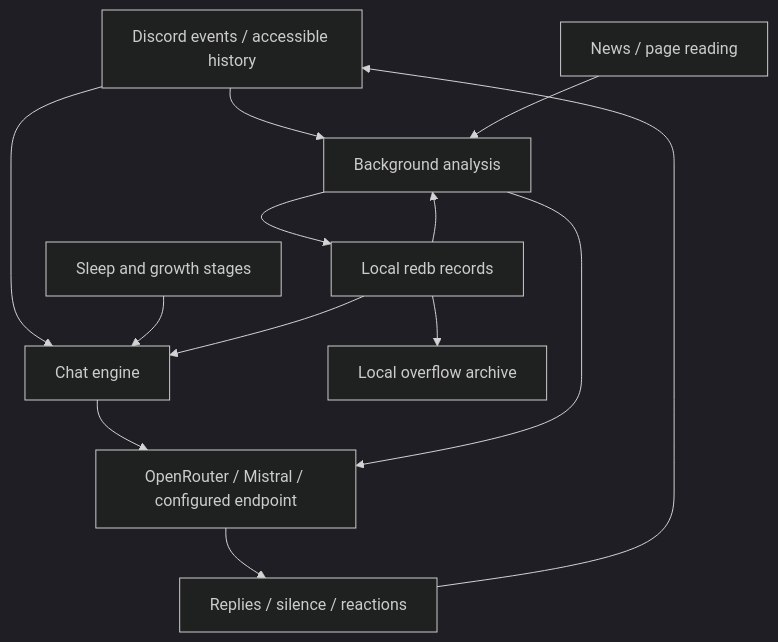
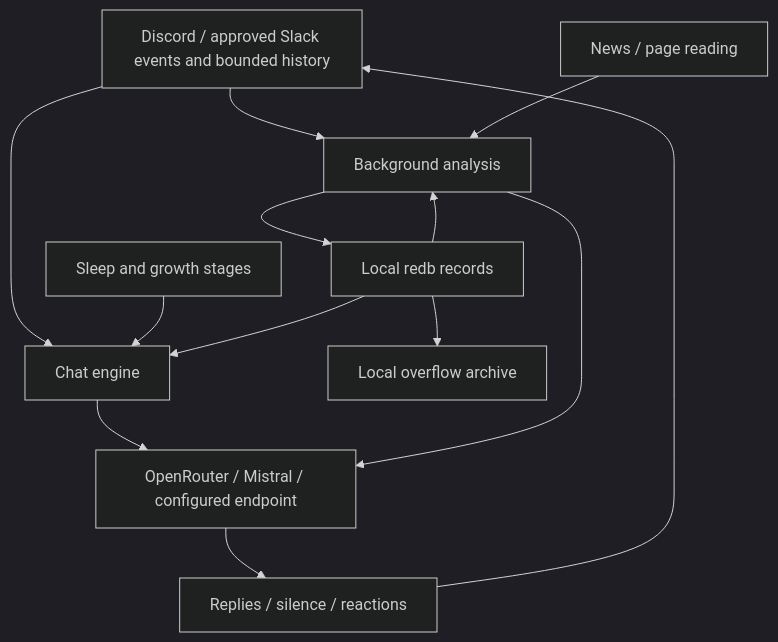
One commit to Hyacinth-Group/nilly changed the diagram in docs/architecture.md. Above: the diagram before and after it, drawn with Mermaid (dark theme). The commit also changed other lines of this file and 20 other files, not shown here.

````diff
--- a/docs/architecture.md
+++ b/docs/architecture.md
@@ -7,15 +7,15 @@
 ```mermaid
 flowchart TD
-    Discord[Discord events / accessible history] --> Chat[Chat engine]
+    Platforms[Discord / approved Slack events and bounded history] --> Chat[Chat engine]
     Clock[Sleep and growth stages] --> Chat
     Chat --> Model[OpenRouter / Mistral / configured endpoint]
     Model --> Reply[Replies / silence / reactions]
-    Reply --> Discord
-    Discord --> Agents[Background analysis]
+    Reply --> Platforms
+    Platforms --> Agents[Background analysis]
     Web[News / page reading] --> Agents
     Agents --> Model
     Agents --> Memory[Local redb records]
     Memory --> Chat
     Memory --> Agents
     Memory --> Archive[Local overflow archive]
 ```
````
